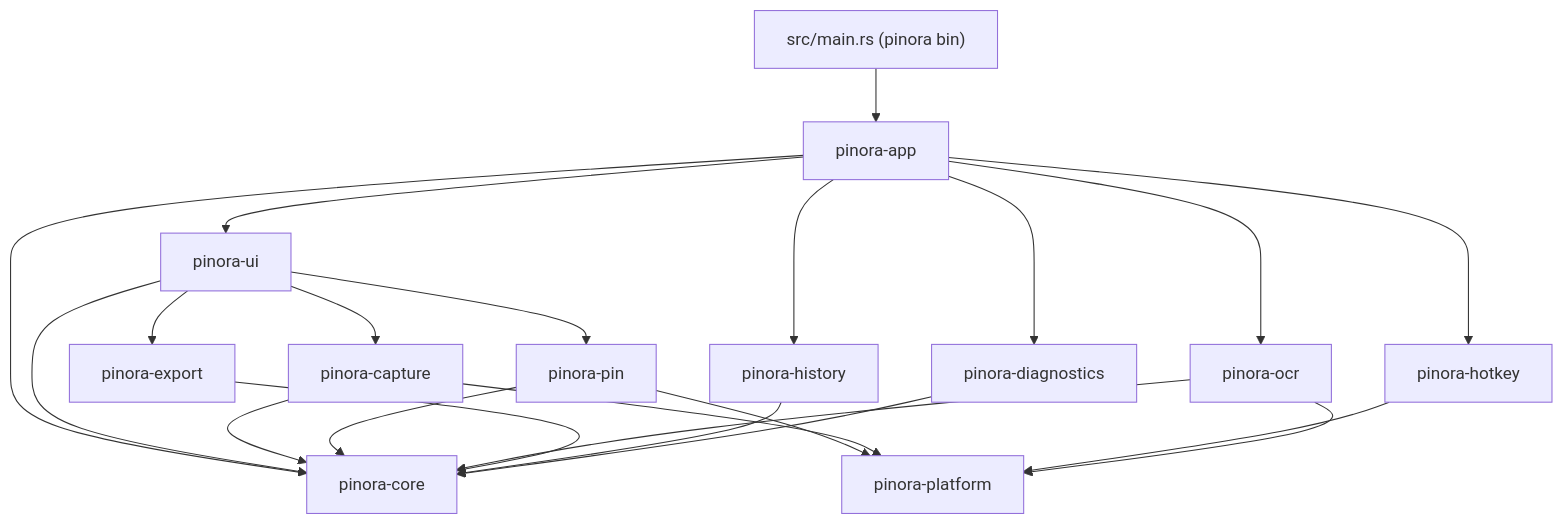
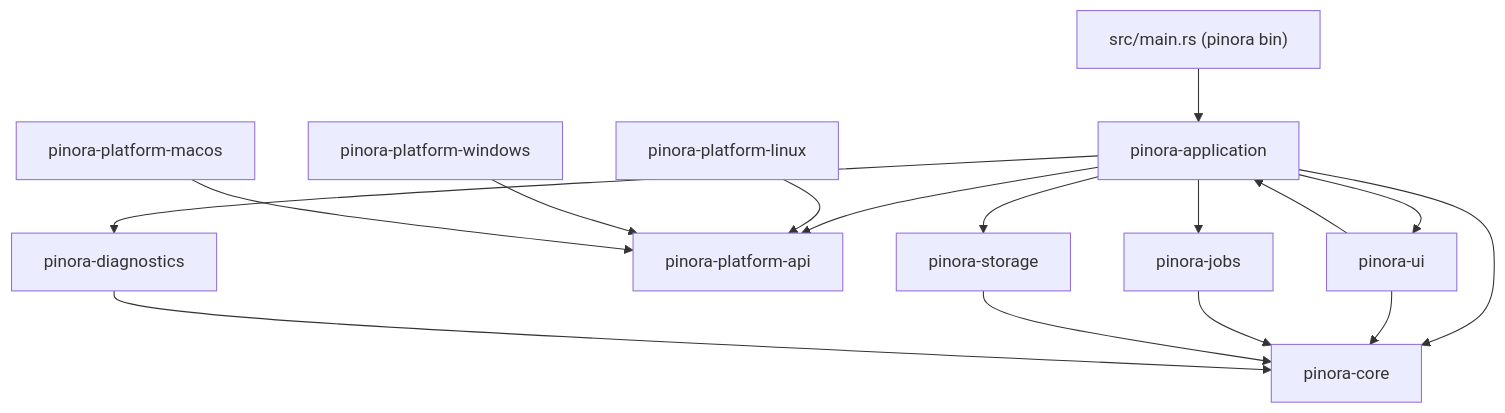
Before and after one commit to yhyzgn/pinora: diagram 21 of 22 in docs/Pinora-开发设计文档.md, drawn with Mermaid. The commit also changed other lines of this file and 80 other files, not shown here.

````diff
--- a/docs/Pinora-开发设计文档.md
+++ b/docs/Pinora-开发设计文档.md
@@ -944,24 +1119,18 @@
 ```mermaid
 graph TD
-    Main["src/main.rs (pinora bin)"] --> App[pinora-app]
+    Main["src/main.rs (pinora bin)"] --> App[pinora-application]
     App --> UI[pinora-ui]
     App --> Core[pinora-core]
+    App --> PlatformApi[pinora-platform-api]
+    App --> Jobs[pinora-jobs]
+    App --> Storage[pinora-storage]
+    App --> Diagnostics[pinora-diagnostics]
     UI --> Core
-    UI --> Capture[pinora-capture]
-    UI --> Pin[pinora-pin]
-    UI --> Export[pinora-export]
-    Capture --> Core
-    Pin --> Core
-    Pin --> Platform[pinora-platform]
-    Capture --> Platform
-    Hotkey[pinora-hotkey] --> Platform
-    Ocr[pinora-ocr] --> Core
-    Ocr --> Platform
-    Export --> Core
-    History[pinora-history] --> Core
-    Diagnostics[pinora-diagnostics] --> Core
-    App --> Hotkey
-    App --> Ocr
-    App --> History
-    App --> Diagnostics
+    UI --> App
+    Jobs --> Core
+    Storage --> Core
+    Diagnostics --> Core
+    PlatformLinux[pinora-platform-linux] --> PlatformApi
+    PlatformWindows[pinora-platform-windows] --> PlatformApi
+    PlatformMac[pinora-platform-macos] --> PlatformApi
 ```
````
